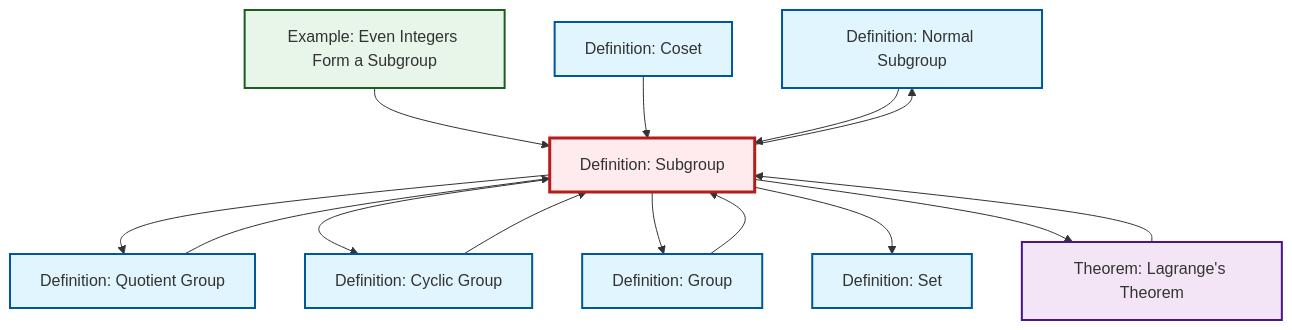
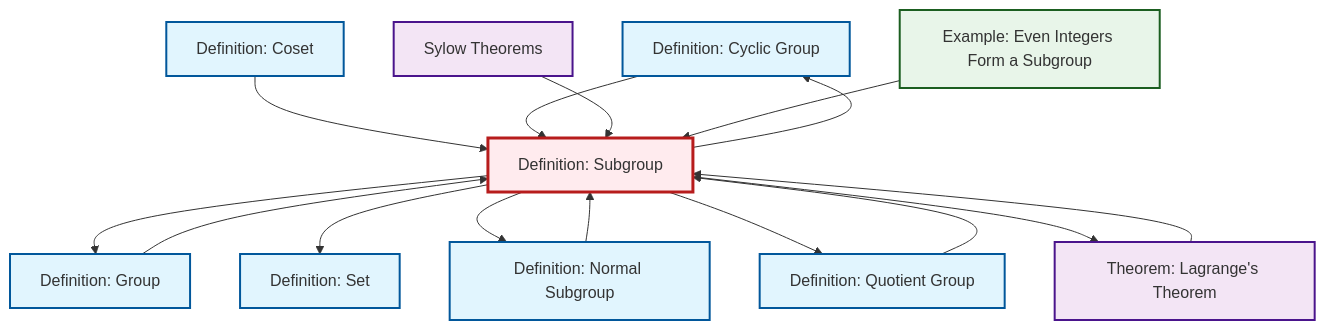
One commit to RK0429/ModernMath changed the diagram in content/en/algebra/def-subgroup.qmd. Above: the diagram before and after it, drawn with Mermaid. The commit also changed 531 other files, not shown here.

First line of the commit message:
feat: Add Sylow Theorems with comprehensive cross-references

````diff
--- a/content/en/algebra/def-subgroup.qmd
+++ b/content/en/algebra/def-subgroup.qmd
@@ -52,40 +52,43 @@
 ```{mermaid}
 %%| fig-cap: "Local dependency graph"
 graph TD
     classDef definition fill:#e1f5fe,stroke:#01579b,stroke-width:2px
     classDef theorem fill:#f3e5f5,stroke:#4a148c,stroke-width:2px
     classDef axiom fill:#fff3e0,stroke:#e65100,stroke-width:2px
     classDef example fill:#e8f5e9,stroke:#1b5e20,stroke-width:2px
     classDef current fill:#ffebee,stroke:#b71c1c,stroke-width:3px
+    def-cyclic-group["Definition: Cyclic Group"]:::definition
+    def-set["Definition: Set"]:::definition
+    def-quotient-group["Definition: Quotient Group"]:::definition
+    thm-sylow["Sylow Theorems"]:::theorem
     def-normal-subgroup["Definition: Normal Subgroup"]:::definition
-    def-set["Definition: Set"]:::definition
+    def-group["Definition: Group"]:::definition
+    def-subgroup["Definition: Subgroup"]:::definition
     thm-lagrange["Theorem: Lagrange's Theorem"]:::theorem
+    ex-even-integers-subgroup["Example: Even Integers Form a Subgroup"]:::example
     def-coset["Definition: Coset"]:::definition
-    def-quotient-group["Definition: Quotient Group"]:::definition
-    def-cyclic-group["Definition: Cyclic Group"]:::definition
-    def-subgroup["Definition: Subgroup"]:::definition
-    def-group["Definition: Group"]:::definition
-    ex-even-integers-subgroup["Example: Even Integers Form a Subgroup"]:::example
-    ex-even-integers-subgroup --> def-subgroup
+    def-subgroup --> def-cyclic-group
+    def-subgroup --> def-group
+    def-group --> def-subgroup
     def-coset --> def-subgroup
-    def-normal-subgroup --> def-subgroup
-    def-subgroup --> def-normal-subgroup
-    def-subgroup --> def-quotient-group
-    def-cyclic-group --> def-subgroup
     def-quotient-group --> def-subgroup
     thm-lagrange --> def-subgroup
-    def-subgroup --> def-cyclic-group
-    def-group --> def-subgroup
-    def-subgroup --> def-group
     def-subgroup --> def-set
+    def-cyclic-group --> def-subgroup
+    def-subgroup --> def-normal-subgroup
+    thm-sylow --> def-subgroup
+    ex-even-integers-subgroup --> def-subgroup
+    def-normal-subgroup --> def-subgroup
+    def-subgroup --> def-quotient-group
     def-subgroup --> thm-lagrange
     class def-subgroup current
+    click def-cyclic-group "def-cyclic-group.html" "Go to Cyclic Group definition"
+    click def-set "def-set.html" "Go to Set definition"
+    click def-quotient-group "def-quotient-group.html" "Go to Quotient Group definition"
+    click thm-sylow "thm-sylow.html" "Go to Sylow Theorems"
     click def-normal-subgroup "def-normal-subgroup.html" "Go to Normal Subgroup definition"
-    click def-set "def-set.html" "Go to Set definition"
+    click def-group "def-group.html" "Go to Group definition"
     click thm-lagrange "thm-lagrange.html" "Go to Lagrange's Theorem theorem"
+    click ex-even-integers-subgroup "ex-even-integers-subgroup.html" "Go to Even Integers Form a Subgroup example"
     click def-coset "def-coset.html" "Go to Coset definition"
-    click def-quotient-group "def-quotient-group.html" "Go to Quotient Group definition"
-    click def-cyclic-group "def-cyclic-group.html" "Go to Cyclic Group definition"
-    click def-group "def-group.html" "Go to Group definition"
-    click ex-even-integers-subgroup "ex-even-integers-subgroup.html" "Go to Even Integers Form a Subgroup example"
 ```
````
